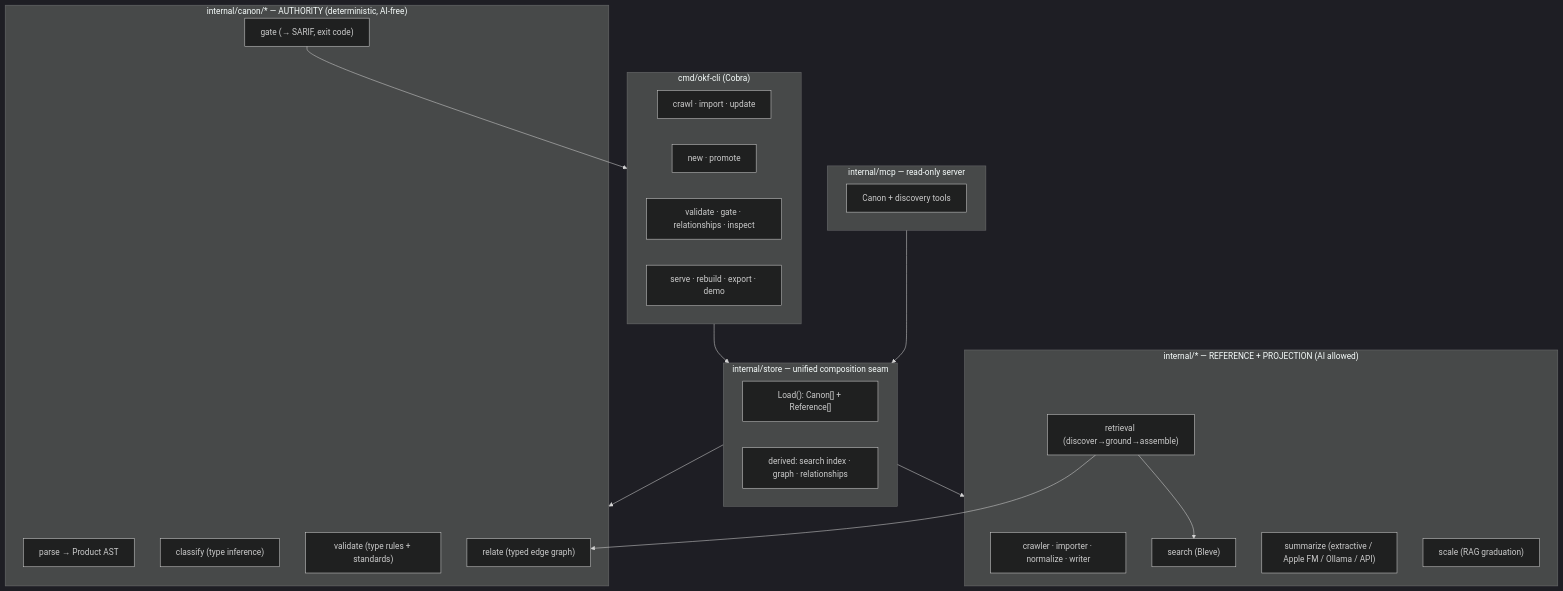
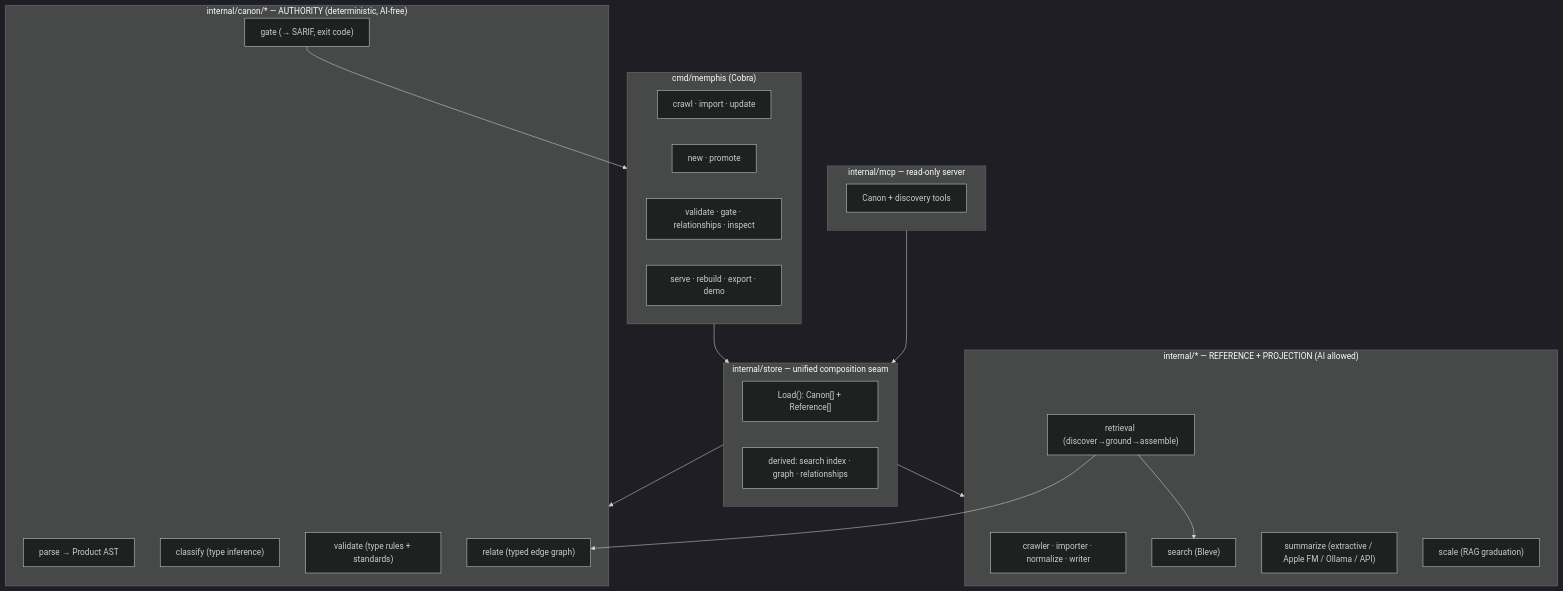
The first of 3 diagrams in ARCHITECTURE.md (chasedputnam/okf-cli), drawn with Mermaid (dark theme) before and after one commit. The commit also changed other lines of this file and 106 other files, not shown here.

Commit message:
Update project name from okf-cli to memphis

````diff
--- a/ARCHITECTURE.md
+++ b/ARCHITECTURE.md
@@ -49,42 +49,42 @@
 ```mermaid
 flowchart TB
-    subgraph CLI["cmd/okf-cli (Cobra)"]
+    subgraph CLI["cmd/memphis (Cobra)"]
         ingest["crawl · import · update"]
         author["new · promote"]
         check["validate · gate · relationships · inspect"]
         ops["serve · rebuild · export · demo"]
     end
 
     subgraph Store["internal/store — unified composition seam"]
         load["Load(): Canon[] + Reference[]"]
         idx["derived: search index · graph · relationships"]
     end
 
     subgraph Canon["internal/canon/* — AUTHORITY (deterministic, AI-free)"]
         parse["parse → Product AST"]
         classify["classify (type inference)"]
         validate["validate (type rules + standards)"]
         relate["relate (typed edge graph)"]
         gate["gate (→ SARIF, exit code)"]
     end
 
     subgraph Ref["internal/* — REFERENCE + PROJECTION (AI allowed)"]
         crawl["crawler · importer · normalize · writer"]
         search["search (Bleve)"]
         retrieval["retrieval (discover→ground→assemble)"]
         summarize["summarize (extractive / Apple FM / Ollama / API)"]
         scale["scale (RAG graduation)"]
     end
 
     subgraph MCP["internal/mcp — read-only server"]
         tools["Canon + discovery tools"]
     end
 
     CLI --> Store
     Store --> Canon
     Store --> Ref
     MCP --> Store
     retrieval --> search
     retrieval --> relate
     gate --> CLI
 ```
````
